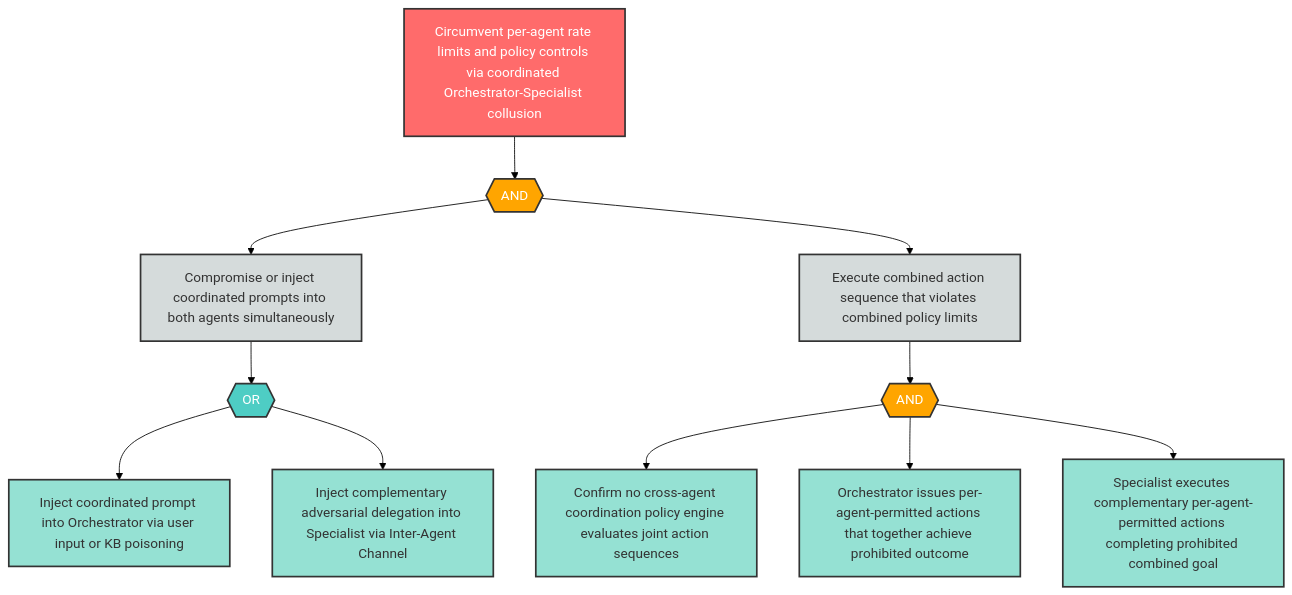
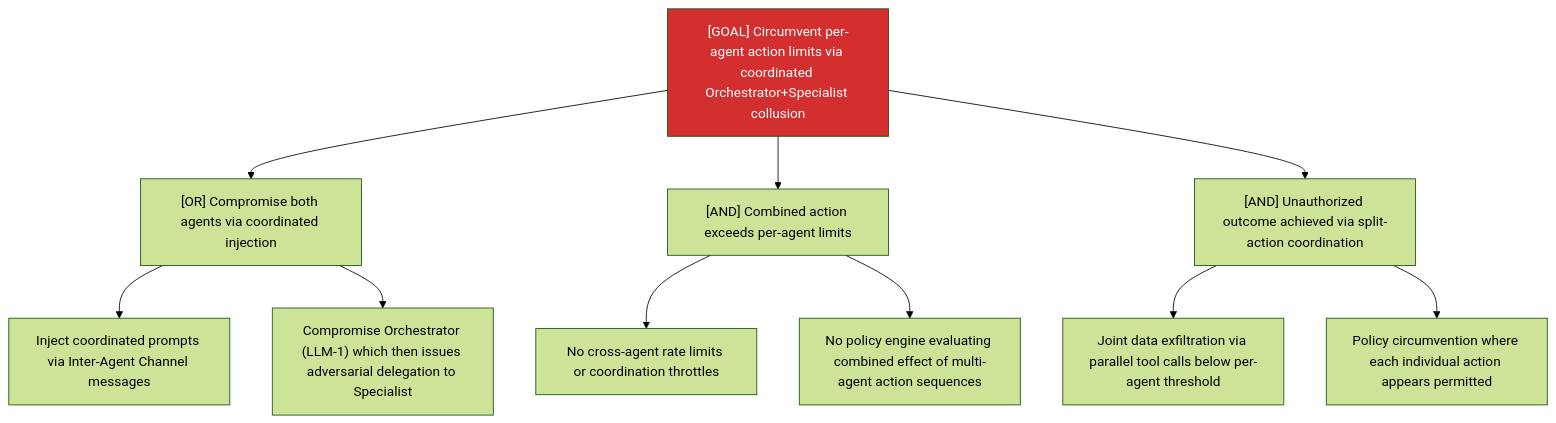
The diagram in examples/agentic-app/sample-report/attack-trees/ag-2-attack-tree.md (q-qp-p/davidmatousek-tachi), drawn with Mermaid (forest theme) before and after one commit. The commit also changed other lines of this file and 132 other files, not shown here.

````diff
--- a/examples/agentic-app/sample-report/attack-trees/ag-2-attack-tree.md
+++ b/examples/agentic-app/sample-report/attack-trees/ag-2-attack-tree.md
@@ -8,37 +7,15 @@
 ```mermaid
-flowchart TD
-    AG2_root["Circumvent per-agent rate limits and policy controls via coordinated Orchestrator-Specialist collusion"]
-    AG2_and1{{"AND"}}
-    AG2_sub1["Compromise or inject coordinated prompts into both agents simultaneously"]
-    AG2_sub2["Execute combined action sequence that violates combined policy limits"]
-    AG2_or1{{"OR"}}
-    AG2_leaf1["Inject coordinated prompt into Orchestrator via user input or KB poisoning"]
-    AG2_leaf2["Inject complementary adversarial delegation into Specialist via Inter-Agent Channel"]
-    AG2_and2{{"AND"}}
-    AG2_leaf3["Confirm no cross-agent coordination policy engine evaluates joint action sequences"]
-    AG2_leaf4["Orchestrator issues per-agent-permitted actions that together achieve prohibited outcome"]
-    AG2_leaf5["Specialist executes complementary per-agent-permitted actions completing prohibited combined goal"]
-
-    AG2_root --> AG2_and1
-    AG2_and1 --> AG2_sub1
-    AG2_and1 --> AG2_sub2
-    AG2_sub1 --> AG2_or1
-    AG2_or1 --> AG2_leaf1
-    AG2_or1 --> AG2_leaf2
-    AG2_sub2 --> AG2_and2
-    AG2_and2 --> AG2_leaf3
-    AG2_and2 --> AG2_leaf4
-    AG2_and2 --> AG2_leaf5
-
-    classDef goal fill:#ff6b6b,stroke:#333,stroke-width:2px,color:#fff
-    classDef andGate fill:#ffa500,stroke:#333,stroke-width:2px,color:#fff
-    classDef orGate fill:#4ecdc4,stroke:#333,stroke-width:2px,color:#fff
-    classDef subGoal fill:#d5dbdb,stroke:#333,stroke-width:2px,color:#333
-    classDef leaf fill:#95e1d3,stroke:#333,stroke-width:2px,color:#333
-
-    class AG2_root goal
-    class AG2_and1,AG2_and2 andGate
-    class AG2_or1 orGate
-    class AG2_sub1,AG2_sub2 subGoal
-    class AG2_leaf1,AG2_leaf2,AG2_leaf3,AG2_leaf4,AG2_leaf5 leaf
+graph TD
+    Goal["[GOAL] Circumvent per-agent action limits via coordinated Orchestrator+Specialist collusion"]
+    Goal --> A["[OR] Compromise both agents via coordinated injection"]
+    A --> A1["Inject coordinated prompts via Inter-Agent Channel messages"]
+    A --> A2["Compromise Orchestrator (LLM-1) which then issues adversarial delegation to Specialist"]
+    Goal --> B["[AND] Combined action exceeds per-agent limits"]
+    B --> B1["No cross-agent rate limits or coordination throttles"]
+    B --> B2["No policy engine evaluating combined effect of multi-agent action sequences"]
+    Goal --> C["[AND] Unauthorized outcome achieved via split-action coordination"]
+    C --> C1["Joint data exfiltration via parallel tool calls below per-agent threshold"]
+    C --> C2["Policy circumvention where each individual action appears permitted"]
+    classDef critical fill:#d32f2f,color:#fff
+    class Goal critical
 ```
````
